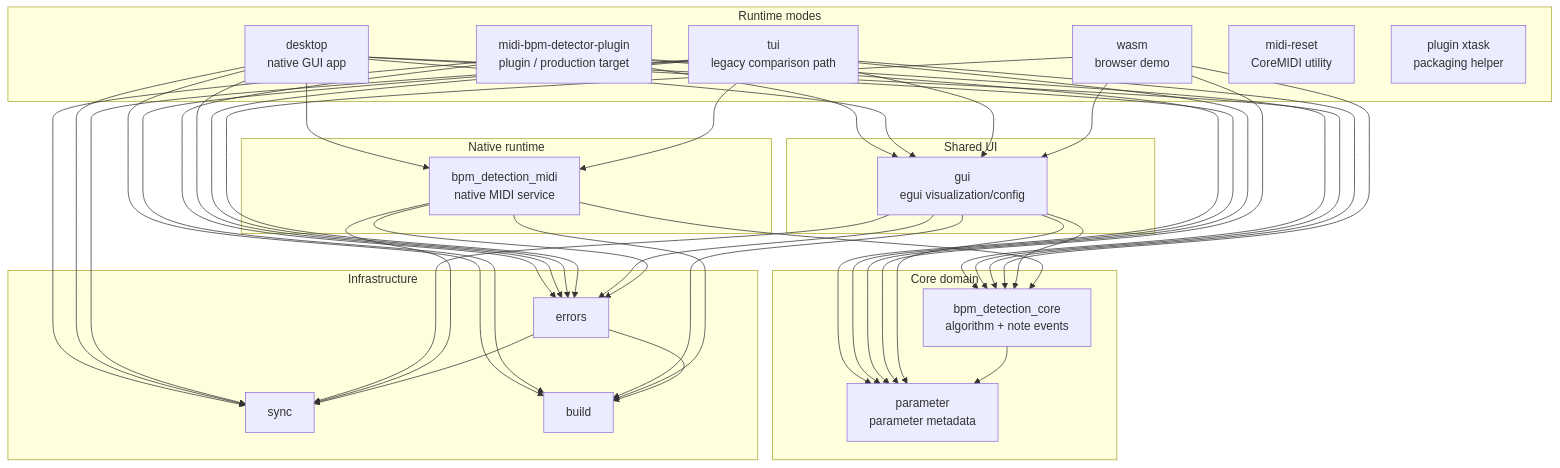
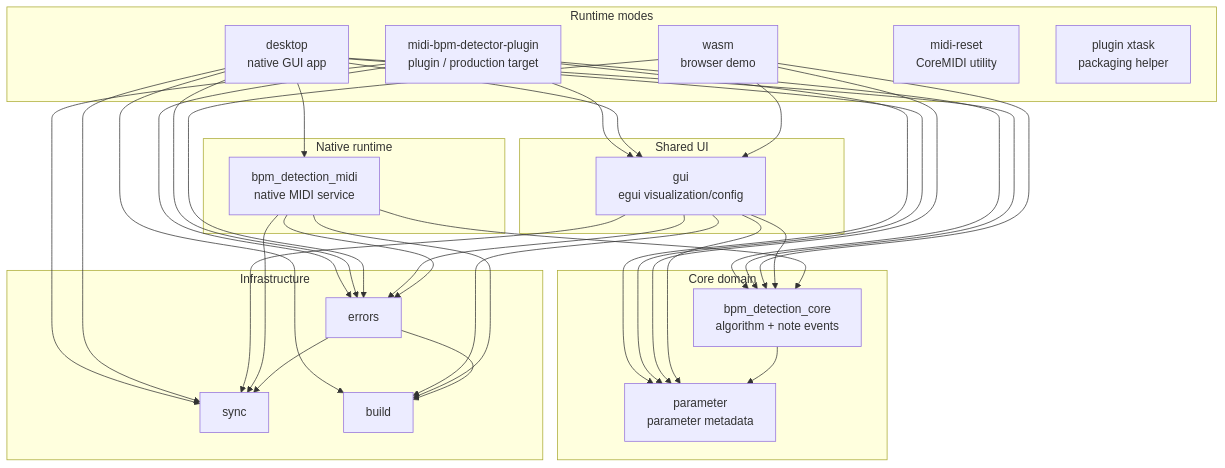
The diagram in docs/architecture.md (valsteen/midi_bpm_detection), drawn with Mermaid before and after one commit. The commit also changed other lines of this file and 31 other files, not shown here.

Commit message:
Retire legacy TUI crate

````diff
--- a/docs/architecture.md
+++ b/docs/architecture.md
@@ -38,72 +38,63 @@
 ```mermaid
 flowchart TD
     subgraph modes["Runtime modes"]
         plugin["midi-bpm-detector-plugin<br/>plugin / production target"]
         desktop["desktop<br/>native GUI app"]
-        legacy_tui["tui<br/>legacy comparison path"]
         wasm["wasm<br/>browser demo"]
         midi_reset["midi-reset<br/>CoreMIDI utility"]
         xtask["plugin xtask<br/>packaging helper"]
     end
 
     subgraph shared_ui["Shared UI"]
         gui["gui<br/>egui visualization/config"]
     end
 
     subgraph native_runtime["Native runtime"]
         midi["bpm_detection_midi<br/>native MIDI service"]
     end
 
     subgraph domain["Core domain"]
         core["bpm_detection_core<br/>algorithm + note events"]
         parameter["parameter<br/>parameter metadata"]
     end
 
     subgraph infra["Infrastructure"]
         errors["errors"]
         sync["sync"]
         build["build"]
     end
 
     plugin --> core
     plugin --> gui
     plugin --> parameter
     plugin --> errors
     plugin --> sync
 
     desktop --> gui
     desktop --> midi
     desktop --> core
     desktop --> parameter
     desktop --> errors
     desktop --> sync
     desktop --> build
 
-    legacy_tui --> gui
-    legacy_tui --> midi
-    legacy_tui --> core
-    legacy_tui --> parameter
-    legacy_tui --> errors
-    legacy_tui --> sync
-    legacy_tui --> build
-
     wasm --> gui
     wasm --> core
     wasm --> parameter
     wasm --> errors
 
     gui --> core
     gui --> parameter
     gui --> errors
     gui --> sync
     gui --> build
 
     midi --> core
     midi --> errors
     midi --> sync
     midi --> build
 
     core --> parameter
     errors --> sync
     errors --> build
 ```
````
